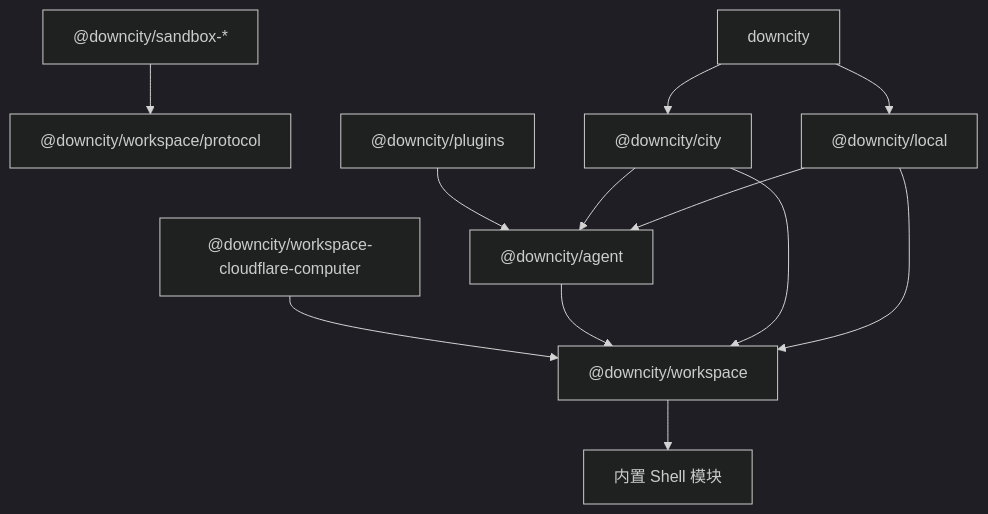
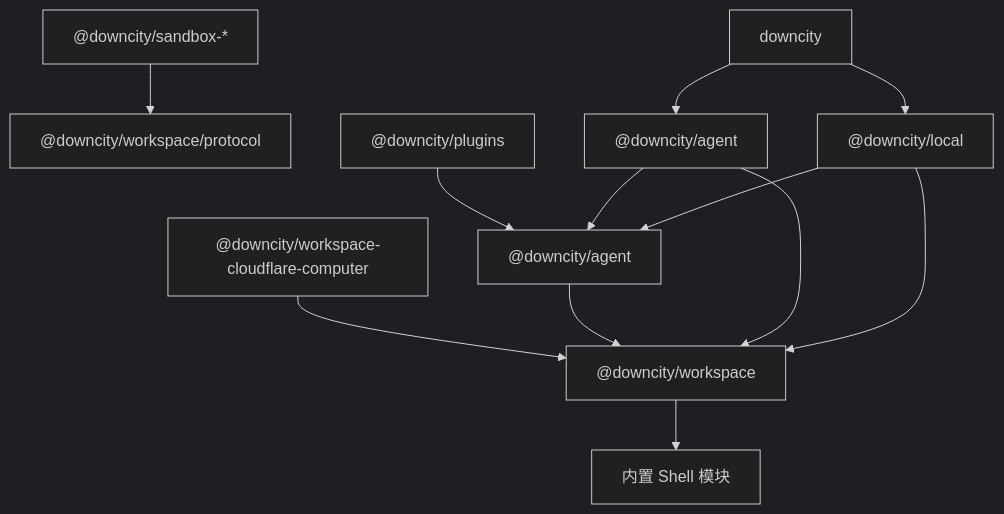
The diagram in docs/workspace-package-extraction-prd.md (genesiscosmos/downcity), drawn with Mermaid (dark theme) before and after one commit. The commit also changed other lines of this file and 180 other files, not shown here.

Commit message:
refactor(agent): complete city migration

````diff
--- a/docs/workspace-package-extraction-prd.md
+++ b/docs/workspace-package-extraction-prd.md
@@ -137,14 +137,14 @@
 ```mermaid
 flowchart TB
     Sandbox["@downcity/sandbox-*"] --> Protocol["@downcity/workspace/protocol"]
     Workspace["@downcity/workspace"] --> Shell["内置 Shell 模块"]
     Cloudflare["@downcity/workspace-cloudflare-computer"] --> Workspace
     Agent["@downcity/agent"] --> Workspace
     Plugins["@downcity/plugins"] --> Agent
-    City["@downcity/city"] --> Agent
+    City["@downcity/agent"] --> Agent
     City --> Workspace
     Local["@downcity/local"] --> Agent
     Local --> Workspace
     CLI["downcity"] --> Local
     CLI --> City
 ```
````
